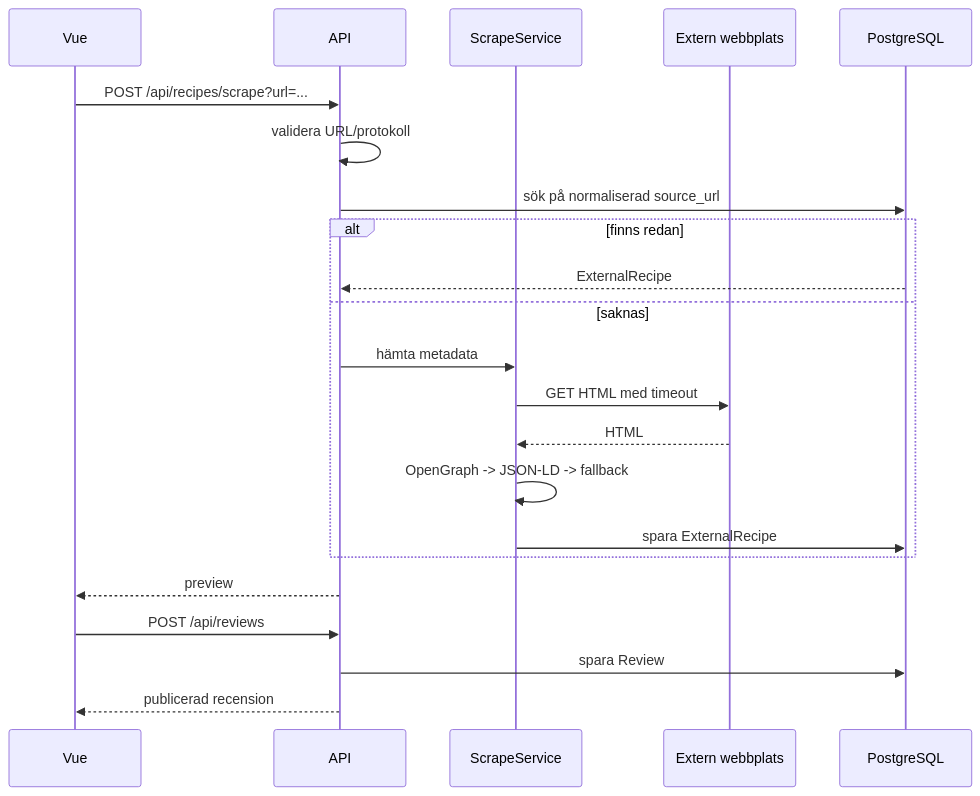
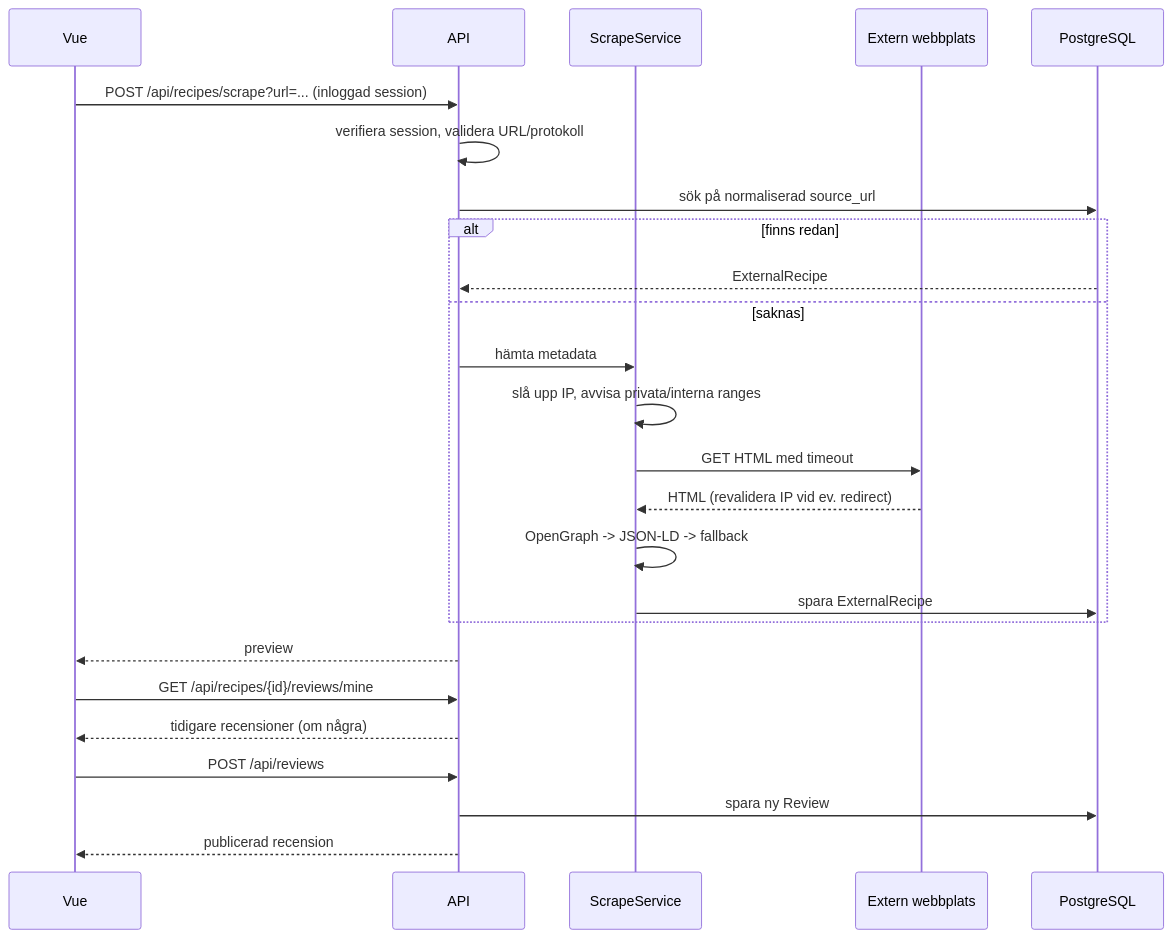
The third of 3 diagrams in docs/ARCHITECTURE.md (elsagw/recepie-plattform), drawn with Mermaid before and after one commit. The commit also changed other lines of this file and 2 other files, not shown here.

````diff
--- a/docs/ARCHITECTURE.md
+++ b/docs/ARCHITECTURE.md
@@ -187,25 +238,28 @@
 ```mermaid
 sequenceDiagram
     participant V as Vue
     participant A as API
     participant S as ScrapeService
     participant W as Extern webbplats
     participant D as PostgreSQL
 
-    V->>A: POST /api/recipes/scrape?url=...
-    A->>A: validera URL/protokoll
+    V->>A: POST /api/recipes/scrape?url=... (inloggad session)
+    A->>A: verifiera session, validera URL/protokoll
     A->>D: sök på normaliserad source_url
     alt finns redan
         D-->>A: ExternalRecipe
     else saknas
         A->>S: hämta metadata
+        S->>S: slå upp IP, avvisa privata/interna ranges
         S->>W: GET HTML med timeout
-        W-->>S: HTML
+        W-->>S: HTML (revalidera IP vid ev. redirect)
         S->>S: OpenGraph -> JSON-LD -> fallback
         S->>D: spara ExternalRecipe
     end
     A-->>V: preview
+    V->>A: GET /api/recipes/{id}/reviews/mine
+    A-->>V: tidigare recensioner (om några)
     V->>A: POST /api/reviews
-    A->>D: spara Review
+    A->>D: spara ny Review
     A-->>V: publicerad recension
 ```
````
